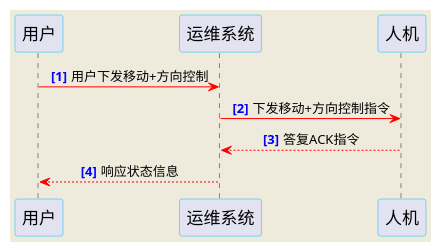
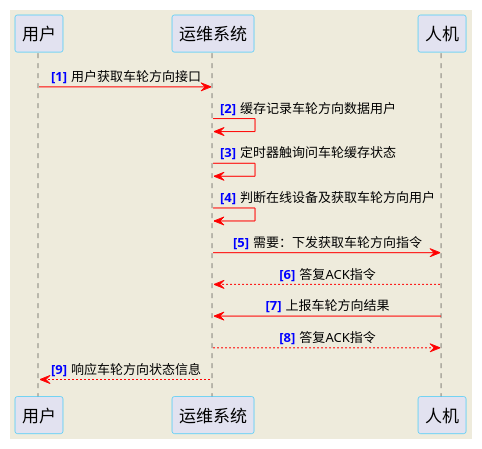
The diagram in flowchart/omsys12/车轮状态流程.puml (China-Liyq/saite), drawn with PlantUML before and after one commit. The commit also changed 5 other files, not shown here.

```diff
--- a/flowchart/omsys12/车轮状态流程.puml
+++ b/flowchart/omsys12/车轮状态流程.puml
@@ -1,34 +1,44 @@
 @startuml
 skinparam backgroundColor #EEEBDC
 
 skinparam sequenceMessageAlign center
 'skinparam monochrome reverse
 
 skinparam sequence {
 ParticipantBorderColor DeepSkyBlue
 'ParticipantBackgroundColor DodgerBlue
 ParticipantFontSize 17
 'ParticipantFontColor #A9DCDF
 
 }
 
 autonumber "<font color=blue><b>[##]"
 
 participant "用户" as user
 
 participant "运维系统" as omsys
 
 participant "人机" as robot
 
 
 
-user -[#red]> omsys : 用户下发移动+方向控制
+user -[#red]> omsys : 用户获取车轮方向接口
 
-omsys -[#red]> robot : 下发移动+方向控制指令
+omsys -[#red]> omsys : 缓存记录车轮方向数据用户
+
+omsys -[#red]> omsys : 定时器触询问车轮缓存状态
+
+omsys -[#red]> omsys : 判断在线设备及获取车轮方向用户
+
+omsys -[#red]> robot : 需要：下发获取车轮方向指令
 
 omsys <[#red]-- robot : 答复ACK指令
 
-omsys --[#red]> user: 响应状态信息
+omsys <[#red]- robot : 上报车轮方向结果
+
+omsys -[#red]-> robot : 答复ACK指令
+
+omsys --[#red]> user: 响应车轮方向状态信息
 
 
 @enduml
```
